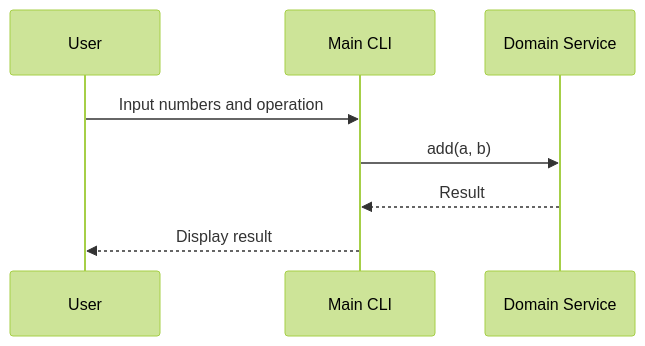
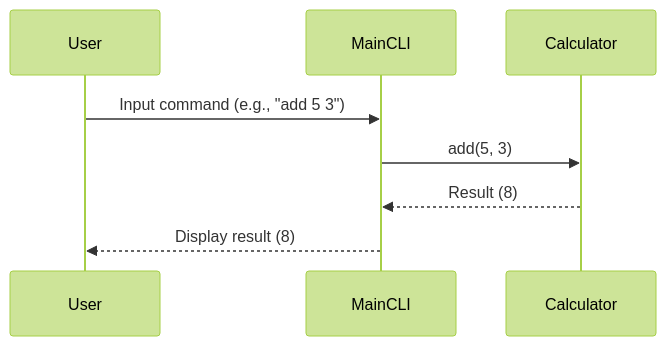
The diagram in reports/calc/Design.md (jahnaviyakkala/EvoForge), drawn with Mermaid (forest theme) before and after one commit. The commit also changed other lines of this file and 20 other files, not shown here.

````diff
--- a/reports/calc/Design.md
+++ b/reports/calc/Design.md
@@ -94,11 +49,11 @@
 ```mermaid
 sequenceDiagram
     participant User
-    participant CLI as Main CLI
-    participant Domain as Domain Service
+    participant MainCLI
+    participant Calculator
 
-    User->>CLI: Input numbers and operation
-    CLI->>Domain: add(a, b)
-    Domain-->>CLI: Result
-    CLI-->>User: Display result
+    User->>MainCLI: Input command (e.g., "add 5 3")
+    MainCLI->>Calculator: add(5, 3)
+    Calculator-->>MainCLI: Result (8)
+    MainCLI-->>User: Display result (8)
 ```
````
